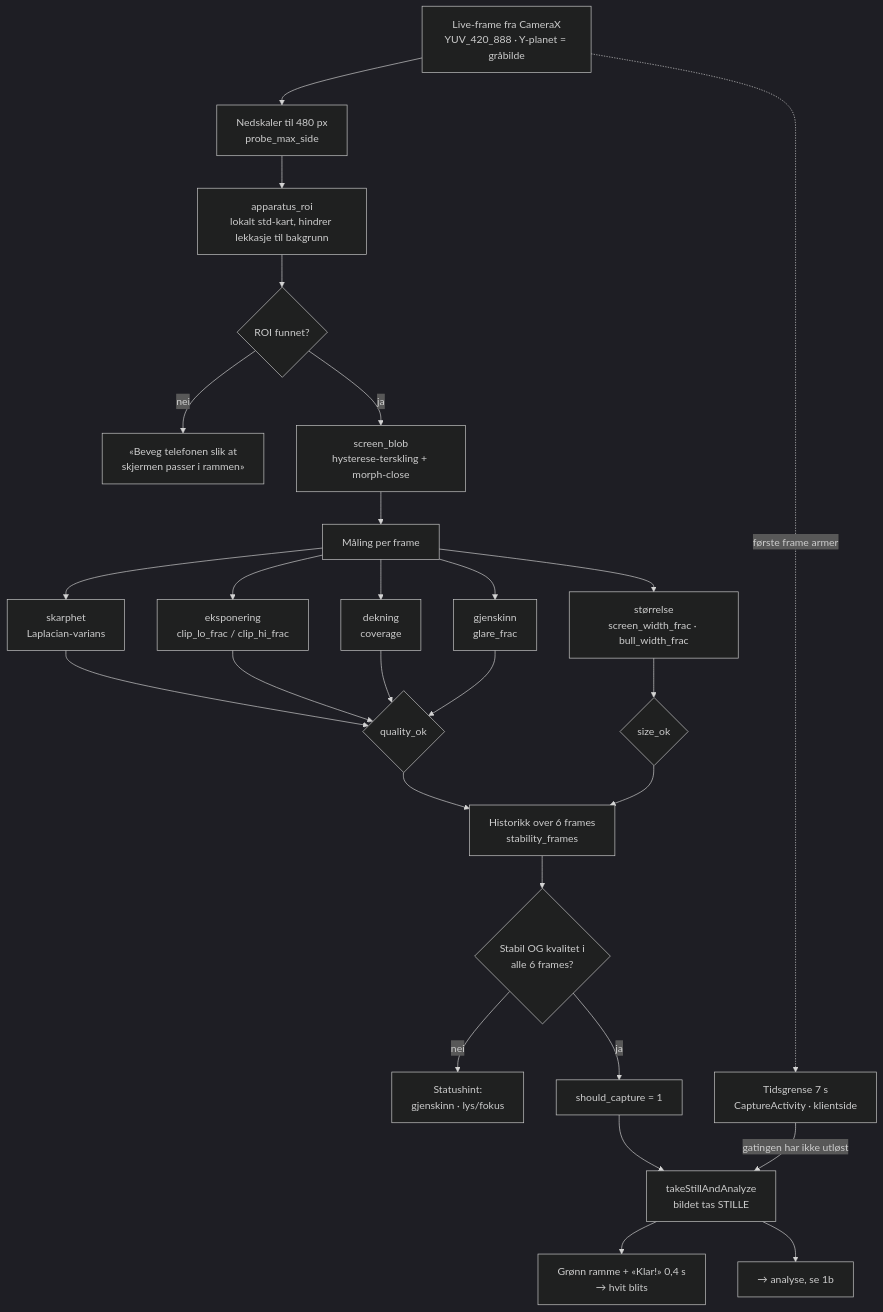
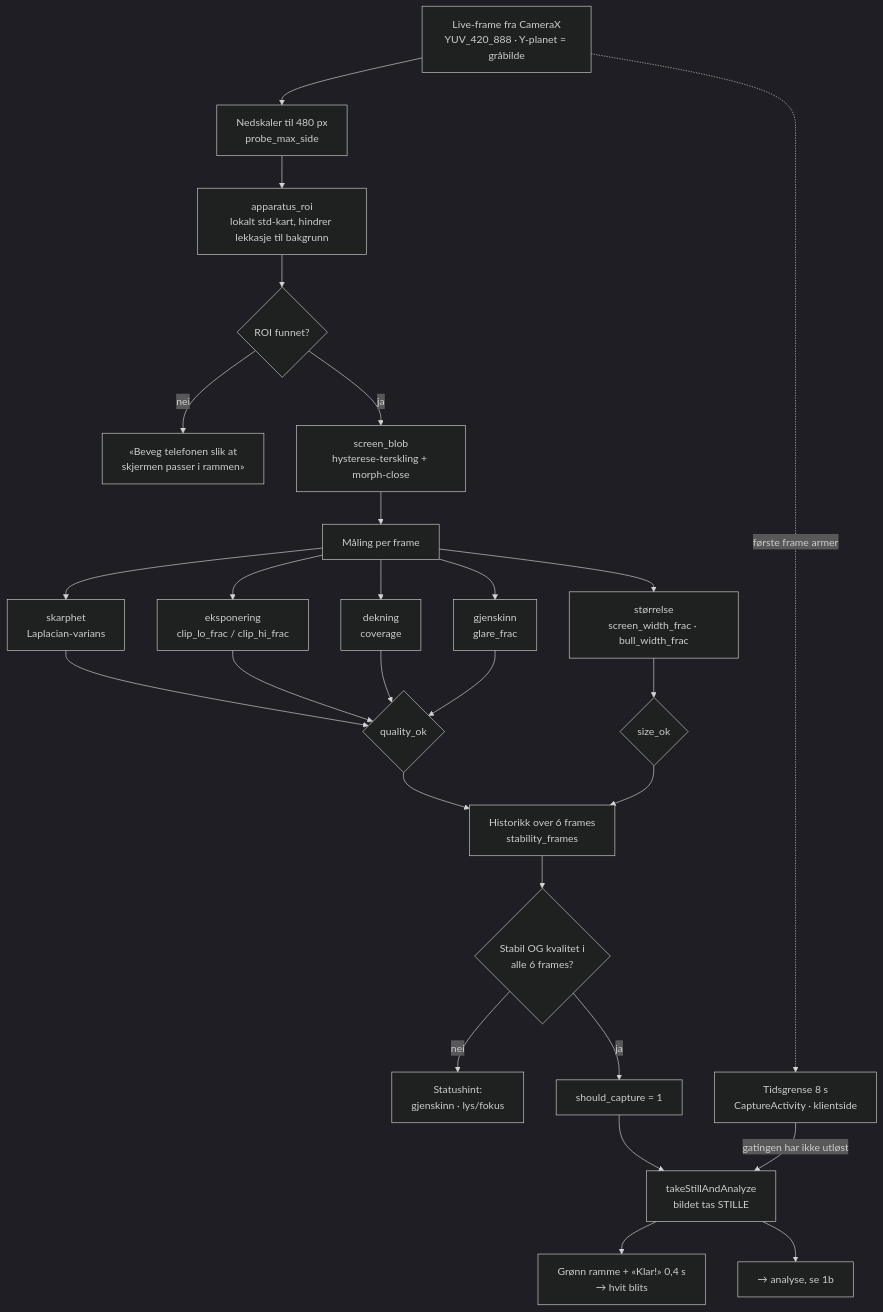
The first of 4 diagrams in docs/flytskjema.md (mrleenudler/bestefar), drawn with Mermaid (dark theme) before and after one commit. The commit also changed other lines of this file and 6 other files, not shown here.

````diff
--- a/docs/flytskjema.md
+++ b/docs/flytskjema.md
@@ -24,29 +24,29 @@
 ```mermaid
 flowchart TD
     A["Live-frame fra CameraX<br/>YUV_420_888 · Y-planet = gråbilde"] --> B["Nedskaler til 480 px<br/>probe_max_side"]
     B --> C["apparatus_roi<br/>lokalt std-kart, hindrer lekkasje til bakgrunn"]
     C --> D{"ROI funnet?"}
     D -->|"nei"| T1["«Beveg telefonen slik at<br/>skjermen passer i rammen»"]
     D -->|"ja"| E["screen_blob<br/>hysterese-terskling + morph-close"]
     E --> F["Måling per frame"]
     F --> G1["skarphet<br/>Laplacian-varians"]
     F --> G2["eksponering<br/>clip_lo_frac / clip_hi_frac"]
     F --> G3["dekning<br/>coverage"]
     F --> G4["gjenskinn<br/>glare_frac"]
     F --> G5["størrelse<br/>screen_width_frac · bull_width_frac"]
     G1 --> Q{"quality_ok"}
     G2 --> Q
     G3 --> Q
     G4 --> Q
     G5 --> S{"size_ok"}
     Q --> H["Historikk over 6 frames<br/>stability_frames"]
     S --> H
     H --> I{"Stabil OG kvalitet i<br/>alle 6 frames?"}
     I -->|"nei"| T2["Statushint:<br/>gjenskinn · lys/fokus"]
     I -->|"ja"| J["should_capture = 1"]
     J --> K["takeStillAndAnalyze<br/>bildet tas STILLE"]
     K --> L["Grønn ramme + «Klar!» 0,4 s<br/>→ hvit blits"]
     K --> M["→ analyse, se 1b"]
-    A -.->|"første frame armer"| TO["Tidsgrense 7 s<br/>CaptureActivity · klientside"]
+    A -.->|"første frame armer"| TO["Tidsgrense 8 s<br/>CaptureActivity · klientside"]
     TO -->|"gatingen har ikke utløst"| K
 ```
````
